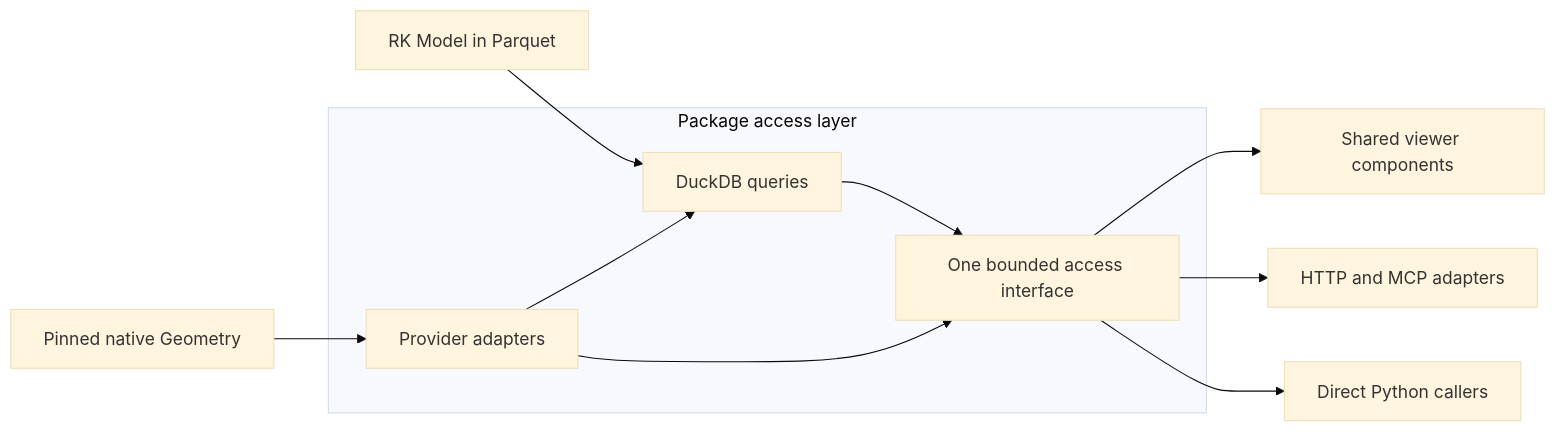
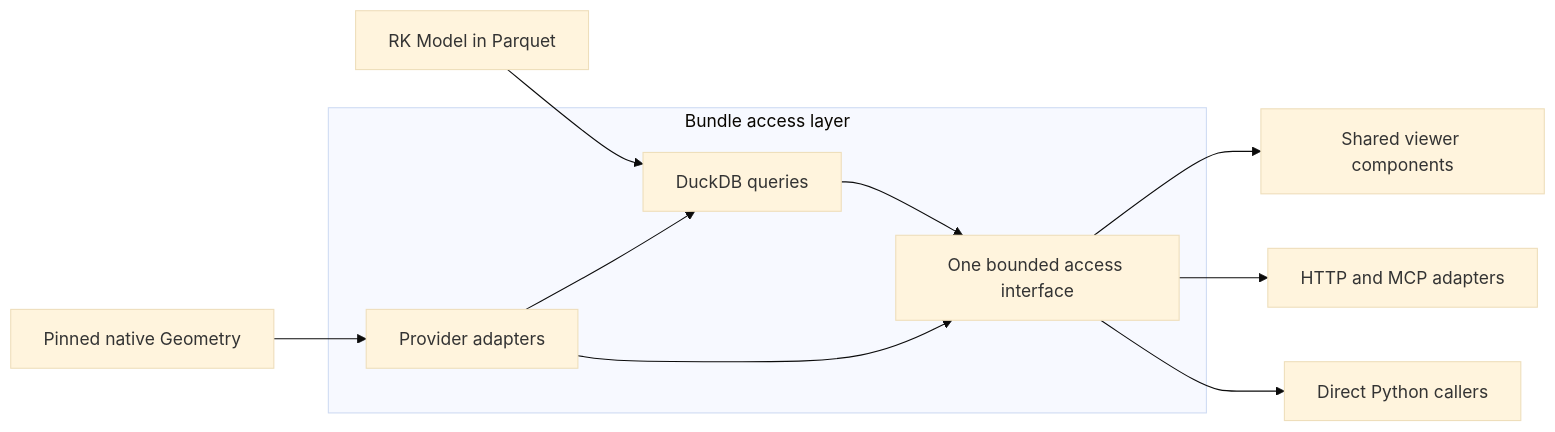
Before and after one commit to daniel-fink/rangekeeper: the diagram in docs/decisions/008-sqlite-model-package.md, drawn with Mermaid (base theme). The commit also changed other lines of this file and 13 other files, not shown here.

````diff
--- a/docs/decisions/008-sqlite-model-package.md
+++ b/docs/decisions/008-sqlite-model-package.md
@@ -210,13 +222,13 @@
 ```mermaid
 flowchart LR
     R[RK Model in Parquet] --> Q
     G[Pinned native Geometry] --> A
-    subgraph Access[Package access layer]
+    subgraph Access[Bundle access layer]
         Q[DuckDB queries] --> I[One bounded access interface]
         A[Provider adapters] --> Q
         A --> I
     end
     I --> V[Shared viewer components]
     I --> H[HTTP and MCP adapters]
     I --> L[Direct Python callers]
 ```
````
